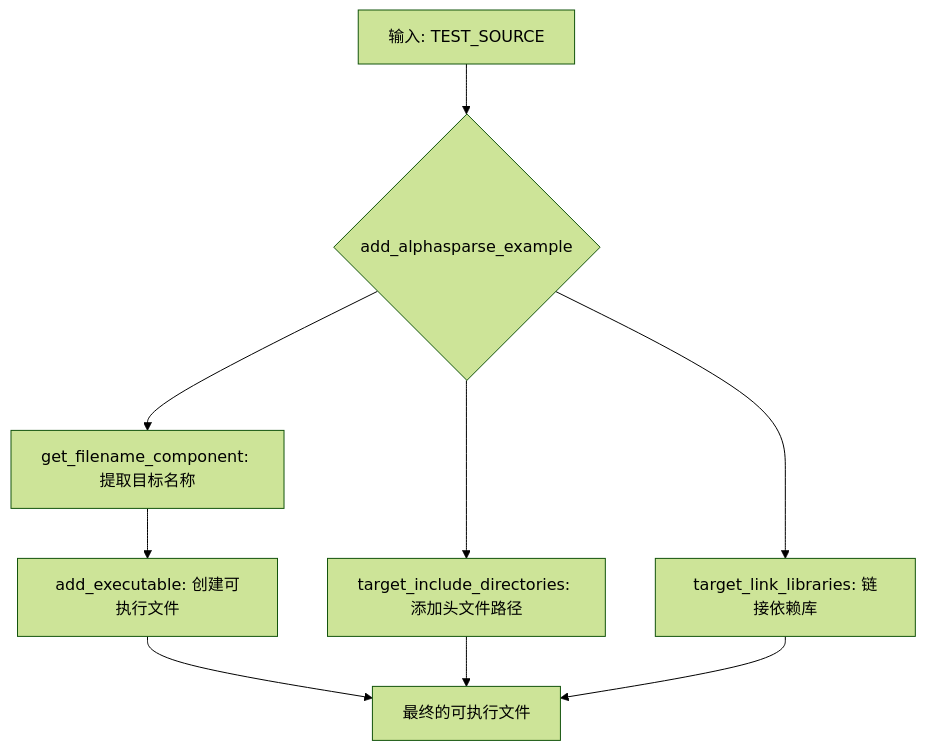
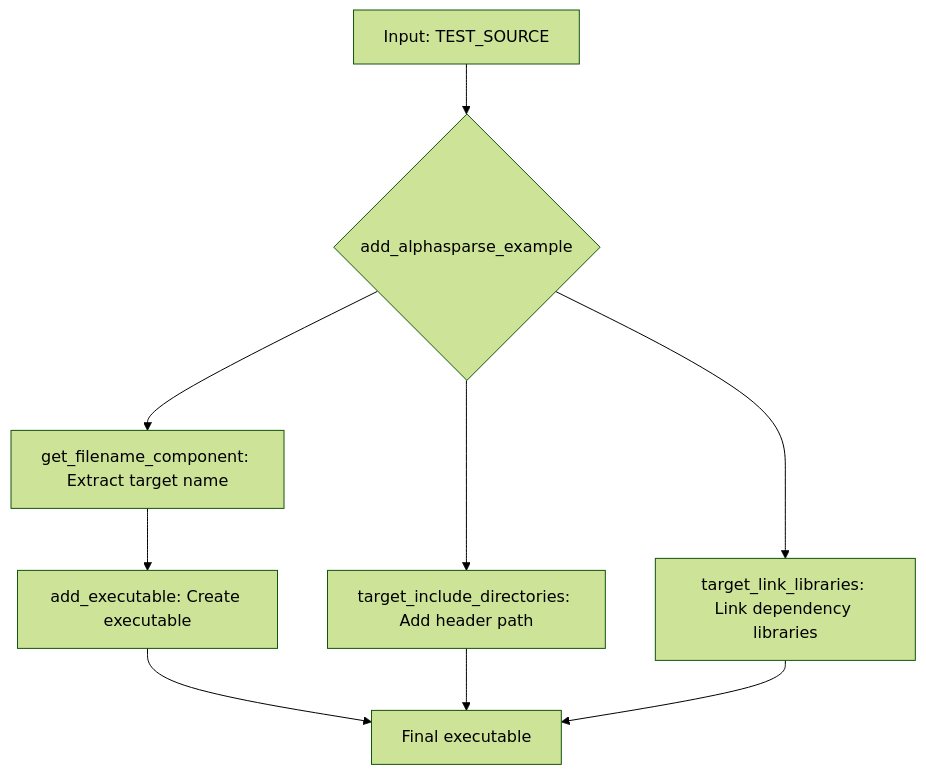
Before and after one commit to QiWu-NCIC/QiWu-KernelPerf: the fifth of 21 diagrams in KernelPerf/submissions/spmv/alphasparse/upstream/AlphasparseWiki .md, drawn with Mermaid (forest theme). The commit also changed other lines of this file and 310 other files, not shown here.

````diff
--- a/KernelPerf/submissions/spmv/alphasparse/upstream/AlphasparseWiki .md
+++ b/KernelPerf/submissions/spmv/alphasparse/upstream/AlphasparseWiki .md
@@ -526,11 +526,11 @@
 ```mermaid
 graph TD
-    A[输入: TEST_SOURCE] --> B{add_alphasparse_example};
-    B --> C[get_filename_component: 提取目标名称];
-    C --> D[add_executable: 创建可执行文件];
-    B --> E[target_include_directories: 添加头文件路径];
-    B --> F[target_link_libraries: 链接依赖库];
-    D --> G[最终的可执行文件];
+    A[Input: TEST_SOURCE] --> B{add_alphasparse_example};
+    B --> C[get_filename_component: Extract target name];
+    C --> D[add_executable: Create executable];
+    B --> E[target_include_directories: Add header path];
+    B --> F[target_link_libraries: Link dependency libraries];
+    D --> G[Final executable];
     E --> G;
     F --> G;
 ```
````
